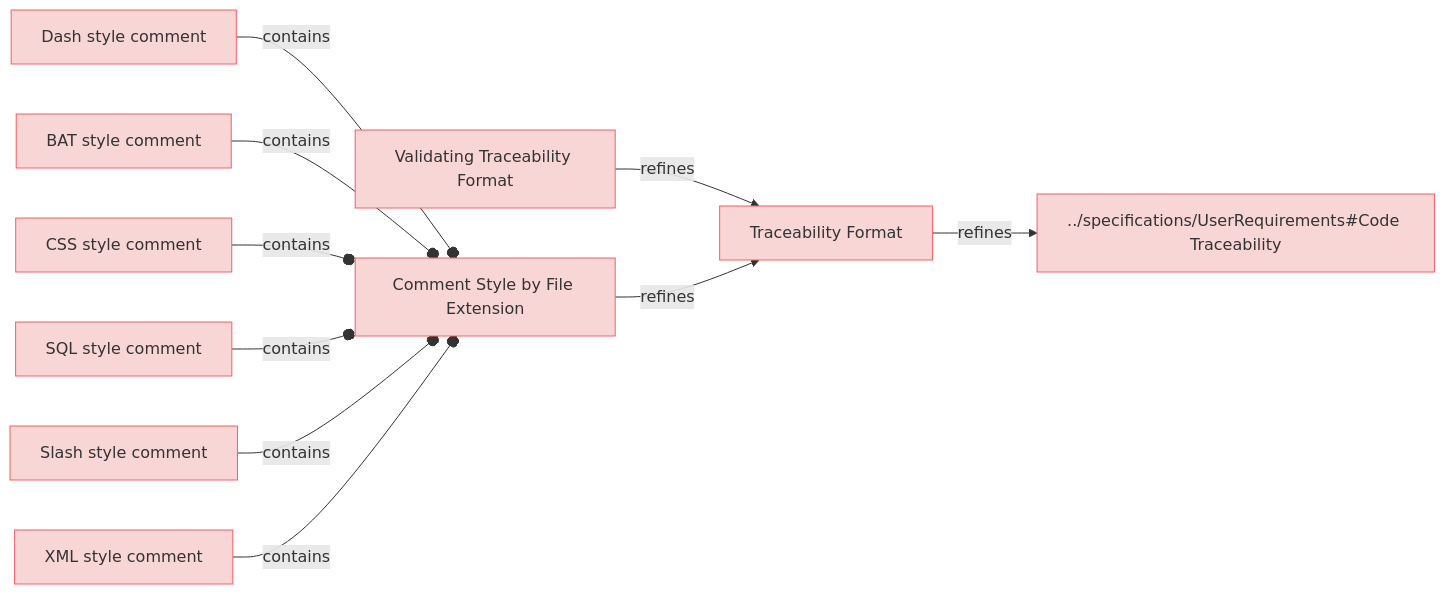
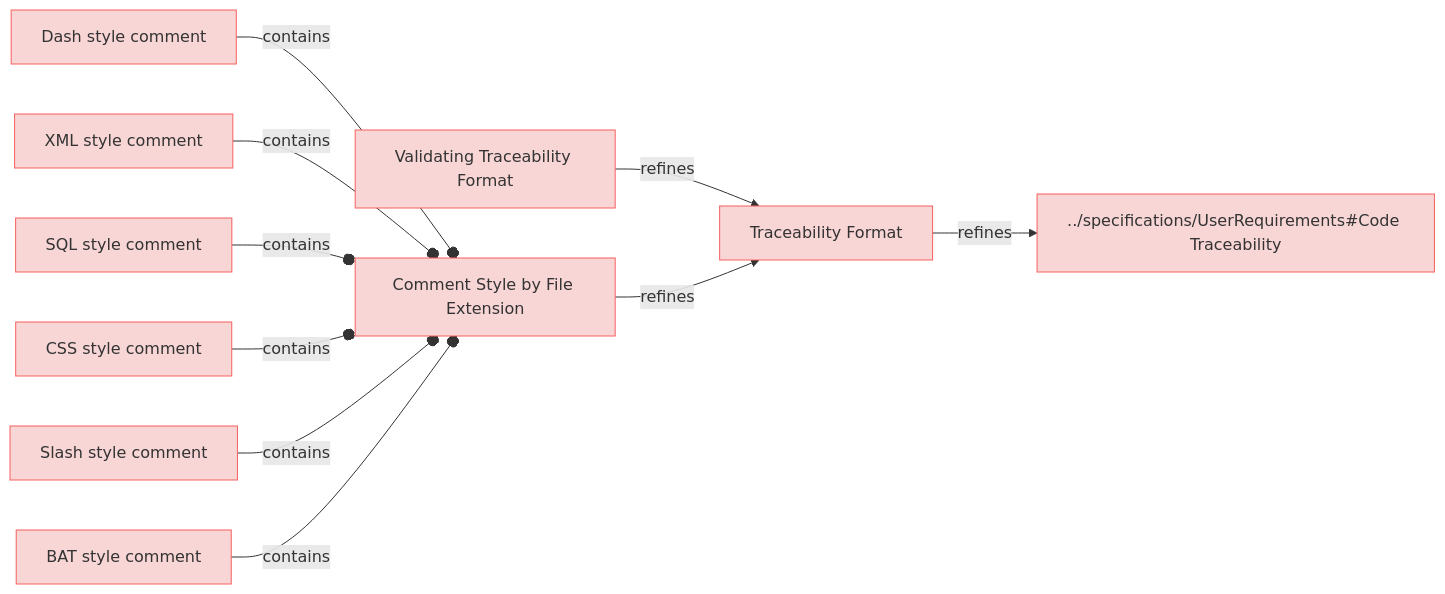
Before and after one commit to reqvire-org/reqvire: the diagram in specifications/CodeTraecabilityRequirements.md, drawn with Mermaid. The commit also changed other lines of this file and 29 other files, not shown here.

````diff
--- a/specifications/CodeTraecabilityRequirements.md
+++ b/specifications/CodeTraecabilityRequirements.md
@@ -4,48 +4,48 @@
 ```mermaid
 graph LR;
   %% Graph styling
   classDef requirement fill:#f9d6d6,stroke:#f55f5f,stroke-width:1px;
   classDef verification fill:#d6f9d6,stroke:#5fd75f,stroke-width:1px;
   classDef externalLink fill:#d0e0ff,stroke:#3080ff,stroke-width:1px;
   classDef default fill:#f5f5f5,stroke:#333333,stroke-width:1px;
 
+  3db41d3530e56596["Validating Traceability Format"];
+  class 3db41d3530e56596 requirement;
+  click 3db41d3530e56596 "CodeTraecabilityRequirements.md#validating-traceability-format";
+  9314736a59776478["Traceability Format"];
+  class 9314736a59776478 requirement;
+  click 9314736a59776478 "CodeTraecabilityRequirements.md#traceability-format";
+  3db41d3530e56596 -->|refines| 9314736a59776478;
   be41c3d9e39abe6f["Dash style comment"];
   class be41c3d9e39abe6f requirement;
   click be41c3d9e39abe6f "CodeTraecabilityRequirements.md#dash-style-comment";
   f4c09ad7359812ff["Comment Style by File Extension"];
   class f4c09ad7359812ff requirement;
   click f4c09ad7359812ff "CodeTraecabilityRequirements.md#comment-style-by-file-extension";
   be41c3d9e39abe6f --o|contains| f4c09ad7359812ff;
-  3db41d3530e56596["Validating Traceability Format"];
-  class 3db41d3530e56596 requirement;
-  click 3db41d3530e56596 "CodeTraecabilityRequirements.md#validating-traceability-format";
-  9314736a59776478["Traceability Format"];
-  class 9314736a59776478 requirement;
-  click 9314736a59776478 "CodeTraecabilityRequirements.md#traceability-format";
-  3db41d3530e56596 -->|refines| 9314736a59776478;
+  474c97b7d0029622["XML style comment"];
+  class 474c97b7d0029622 requirement;
+  click 474c97b7d0029622 "CodeTraecabilityRequirements.md#xml-style-comment";
+  474c97b7d0029622 --o|contains| f4c09ad7359812ff;
+  39fc946195c12956["SQL style comment"];
+  class 39fc946195c12956 requirement;
+  click 39fc946195c12956 "CodeTraecabilityRequirements.md#sql-style-comment";
+  39fc946195c12956 --o|contains| f4c09ad7359812ff;
+  a91fc474f292f1c9["CSS style comment"];
+  class a91fc474f292f1c9 requirement;
+  click a91fc474f292f1c9 "CodeTraecabilityRequirements.md#css-style-comment";
+  a91fc474f292f1c9 --o|contains| f4c09ad7359812ff;
   26ca72b617aff229["../specifications/UserRequirements#Code Traceability"];
   class 26ca72b617aff229 requirement;
   click 26ca72b617aff229 "UserRequirements.md#code-traceability";
   9314736a59776478 -->|refines| 26ca72b617aff229;
+  99c4cc438042d855["Slash style comment"];
+  class 99c4cc438042d855 requirement;
+  click 99c4cc438042d855 "CodeTraecabilityRequirements.md#slash-style-comment";
+  99c4cc438042d855 --o|contains| f4c09ad7359812ff;
   7fdde6a23819450b["BAT style comment"];
   class 7fdde6a23819450b requirement;
   click 7fdde6a23819450b "CodeTraecabilityRequirements.md#bat-style-comment";
   7fdde6a23819450b --o|contains| f4c09ad7359812ff;
-  a91fc474f292f1c9["CSS style comment"];
-  class a91fc474f292f1c9 requirement;
-  click a91fc474f292f1c9 "CodeTraecabilityRequirements.md#css-style-comment";
-  a91fc474f292f1c9 --o|contains| f4c09ad7359812ff;
-  39fc946195c12956["SQL style comment"];
-  class 39fc946195c12956 requirement;
-  click 39fc946195c12956 "CodeTraecabilityRequirements.md#sql-style-comment";
-  39fc946195c12956 --o|contains| f4c09ad7359812ff;
-  99c4cc438042d855["Slash style comment"];
-  class 99c4cc438042d855 requirement;
-  click 99c4cc438042d855 "CodeTraecabilityRequirements.md#slash-style-comment";
-  99c4cc438042d855 --o|contains| f4c09ad7359812ff;
-  474c97b7d0029622["XML style comment"];
-  class 474c97b7d0029622 requirement;
-  click 474c97b7d0029622 "CodeTraecabilityRequirements.md#xml-style-comment";
-  474c97b7d0029622 --o|contains| f4c09ad7359812ff;
   f4c09ad7359812ff -->|refines| 9314736a59776478;
 ```
````
